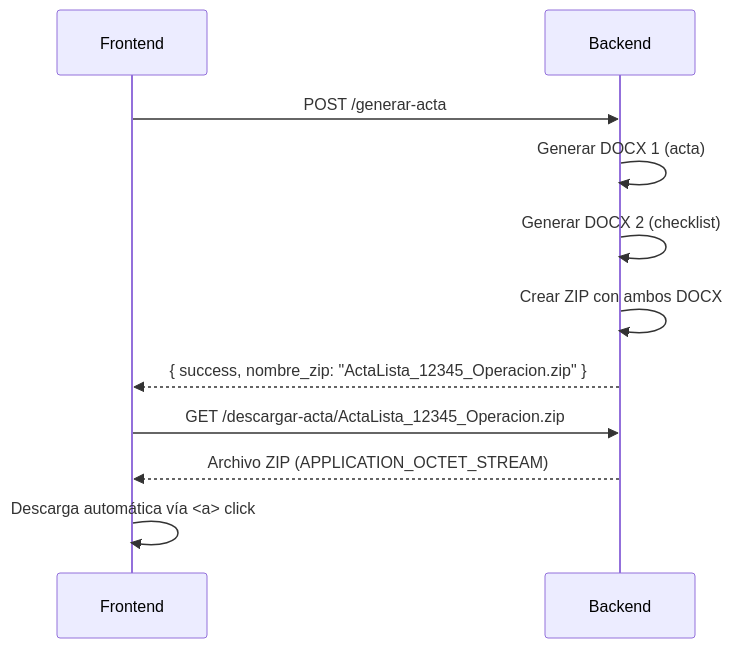
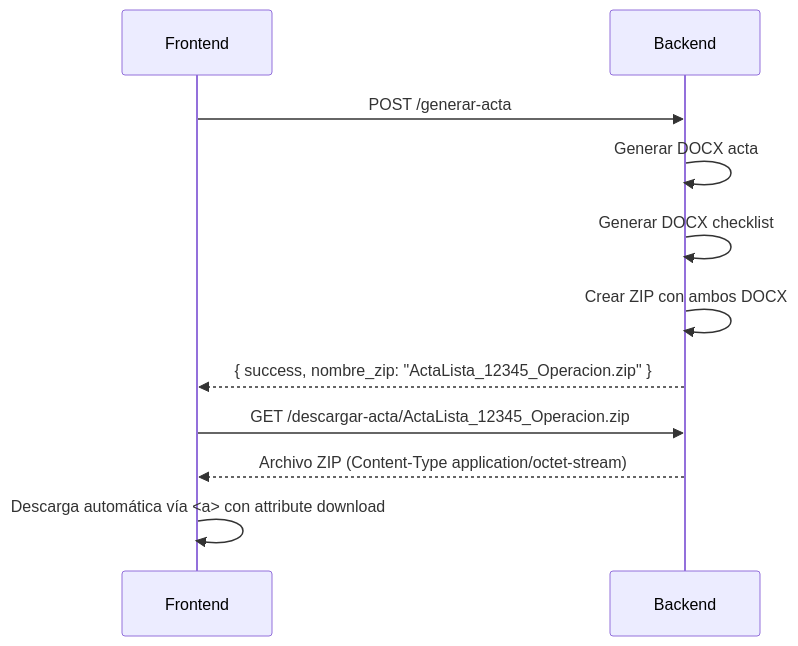
One commit to juanjosehc/actas-glpi changed the fifth of 5 diagrams in ARQUITECTURA.md. Above: the diagram before and after it, drawn with Mermaid. The commit also changed other lines of this file and 16 other files, not shown here.

````diff
--- a/ARQUITECTURA.md
+++ b/ARQUITECTURA.md
@@ -236,15 +336,15 @@
 ```mermaid
 sequenceDiagram
     participant U as Frontend
     participant B as Backend
 
     U->>B: POST /generar-acta
-    B->>B: Generar DOCX 1 (acta)
-    B->>B: Generar DOCX 2 (checklist)
+    B->>B: Generar DOCX acta
+    B->>B: Generar DOCX checklist
     B->>B: Crear ZIP con ambos DOCX
     B-->>U: { success, nombre_zip: "ActaLista_12345_Operacion.zip" }
 
     U->>B: GET /descargar-acta/ActaLista_12345_Operacion.zip
-    B-->>U: Archivo ZIP (APPLICATION_OCTET_STREAM)
-    U->>U: Descarga automática vía <a> click
+    B-->>U: Archivo ZIP (Content-Type application/octet-stream)
+    U->>U: Descarga automática vía <a> con attribute download
 ```
````
